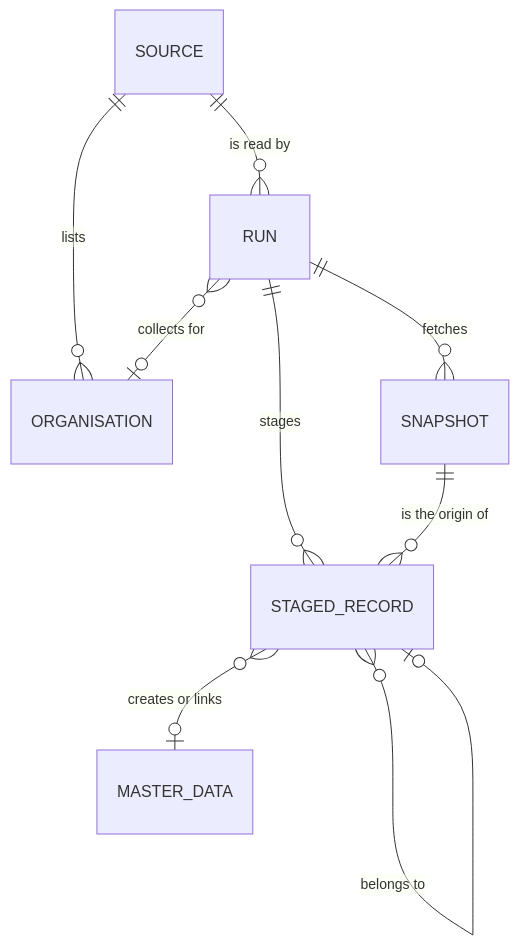
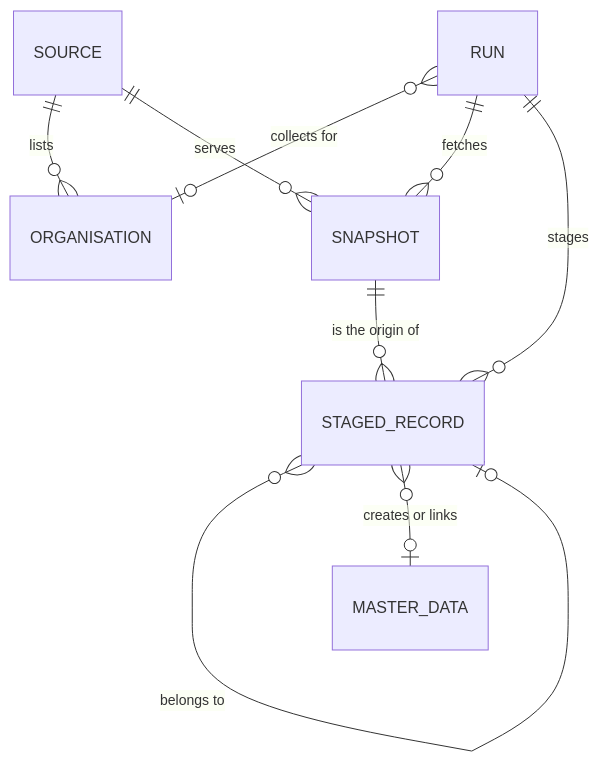
One commit to SoltuneMontepre/medilab changed the second of 2 diagrams in docs/functional/onboarding_module/overview.md. Above: the diagram before and after it, drawn with Mermaid. The commit also changed other lines of this file and 7 other files, not shown here.

````diff
--- a/docs/functional/onboarding_module/overview.md
+++ b/docs/functional/onboarding_module/overview.md
@@ -27,11 +26,11 @@
 ```mermaid
 erDiagram
     SOURCE ||--o{ ORGANISATION : lists
-    SOURCE ||--o{ RUN : "is read by"
+    SOURCE ||--o{ SNAPSHOT : serves
     RUN }o--o| ORGANISATION : "collects for"
     RUN ||--o{ SNAPSHOT : fetches
     RUN ||--o{ STAGED_RECORD : stages
     SNAPSHOT ||--o{ STAGED_RECORD : "is the origin of"
     STAGED_RECORD }o--o| STAGED_RECORD : "belongs to"
     STAGED_RECORD }o--o| MASTER_DATA : "creates or links"
 ```
````
